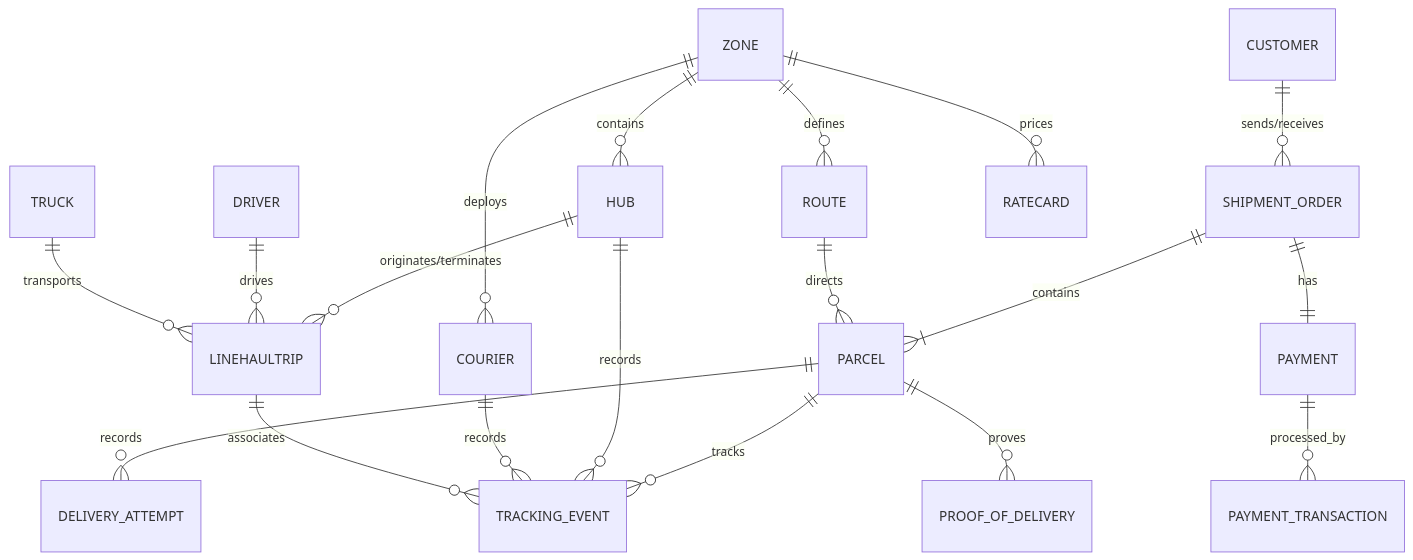
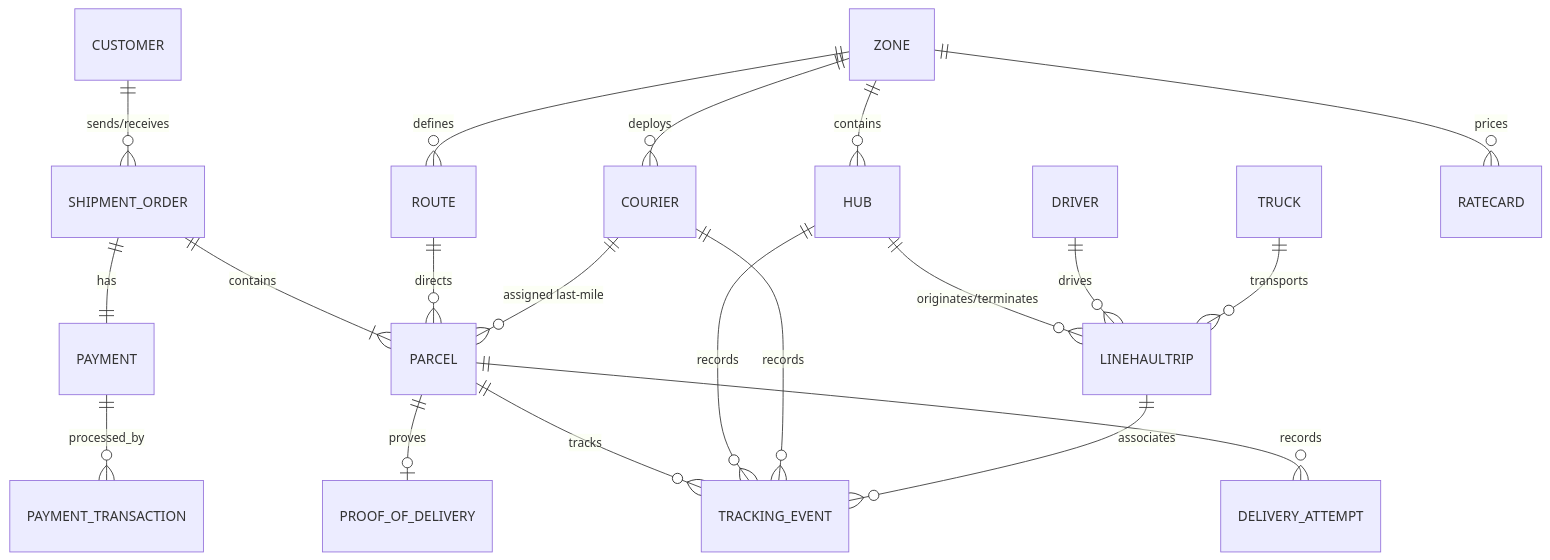
One commit to dunguyen-311201/nestjs changed the diagram in shipping-system/docs/01-ERD.md. Above: the diagram before and after it, drawn with Mermaid. The commit also changed other lines of this file, not shown here.

Commit message:
docs: close ERD drift found by consistency audit

````diff
--- a/shipping-system/docs/01-ERD.md
+++ b/shipping-system/docs/01-ERD.md
@@ -9,21 +9,22 @@
 ```mermaid
 erDiagram
     CUSTOMER ||--o{ SHIPMENT_ORDER : "sends/receives"
     SHIPMENT_ORDER ||--|{ PARCEL : "contains"
     SHIPMENT_ORDER ||--|| PAYMENT : "has"
     PAYMENT ||--o{ PAYMENT_TRANSACTION : "processed_by"
     PARCEL ||--o{ DELIVERY_ATTEMPT : "records"
     PARCEL ||--o{ TRACKING_EVENT : "tracks"
     ROUTE ||--o{ PARCEL : "directs"
+    COURIER ||--o{ PARCEL : "assigned last-mile"
     HUB ||--o{ LINEHAULTRIP : "originates/terminates"
     DRIVER ||--o{ LINEHAULTRIP : "drives"
     TRUCK ||--o{ LINEHAULTRIP : "transports"
     ZONE ||--o{ HUB : "contains"
     ZONE ||--o{ ROUTE : "defines"
     ZONE ||--o{ RATECARD : "prices"
     ZONE ||--o{ COURIER : "deploys"
-    PARCEL ||--o{ PROOF_OF_DELIVERY : "proves"
+    PARCEL ||--o| PROOF_OF_DELIVERY : "proves"
     HUB ||--o{ TRACKING_EVENT : "records"
     COURIER ||--o{ TRACKING_EVENT : "records"
     LINEHAULTRIP ||--o{ TRACKING_EVENT : "associates"
 ```
````
